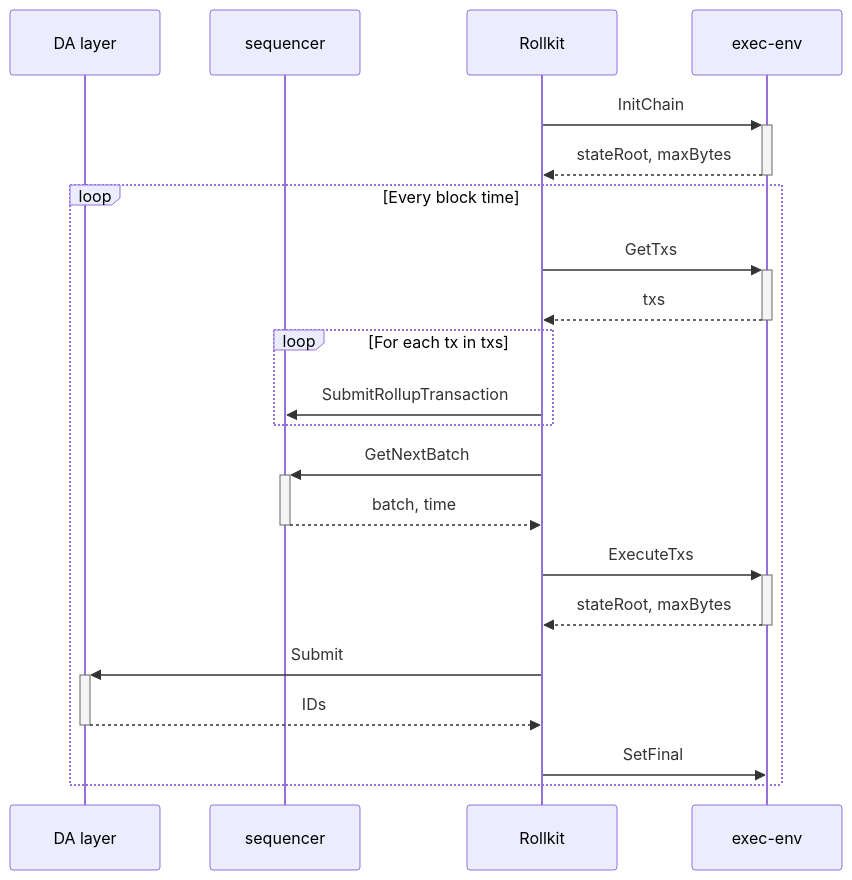
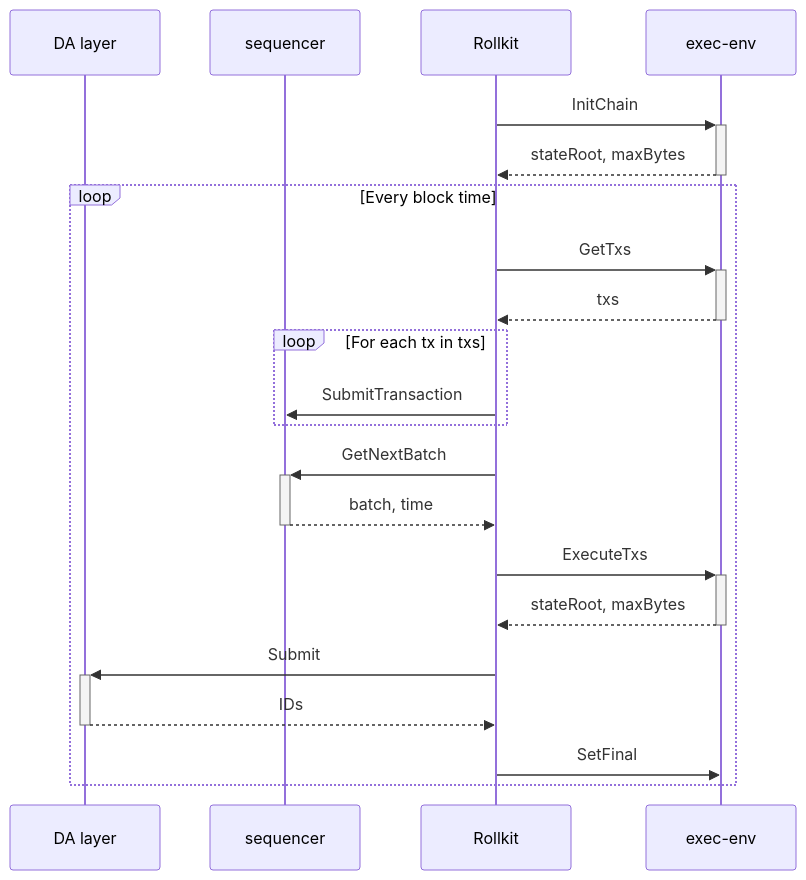
Before and after one commit to rollkit/rollkit: the first of 2 diagrams in specs/lazy-adr/adr-010-exec-api.md, drawn with Mermaid. The commit also changed other lines of this file and 27 other files, not shown here.

````diff
--- a/specs/lazy-adr/adr-010-exec-api.md
+++ b/specs/lazy-adr/adr-010-exec-api.md
@@ -237,24 +237,24 @@
 ```mermaid
 sequenceDiagram
     participant D as DA layer
     participant S as sequencer
     participant R as Rollkit
     participant E as exec-env
 
     R ->> +E: InitChain
     E -->> -R: stateRoot, maxBytes
     loop Every block time
         R ->> +E: GetTxs
         E -->> -R: txs
         loop For each tx in txs
-            R ->> S: SubmitRollupTransaction
+            R ->> S: SubmitTransaction
         end
         R ->> +S: GetNextBatch
         S -->> -R: batch, time
         R ->> +E: ExecuteTxs
         E -->> -R: stateRoot, maxBytes
         R ->> +D: Submit
         D -->> -R: IDs
         R ->> E: SetFinal
     end
 ```
````
